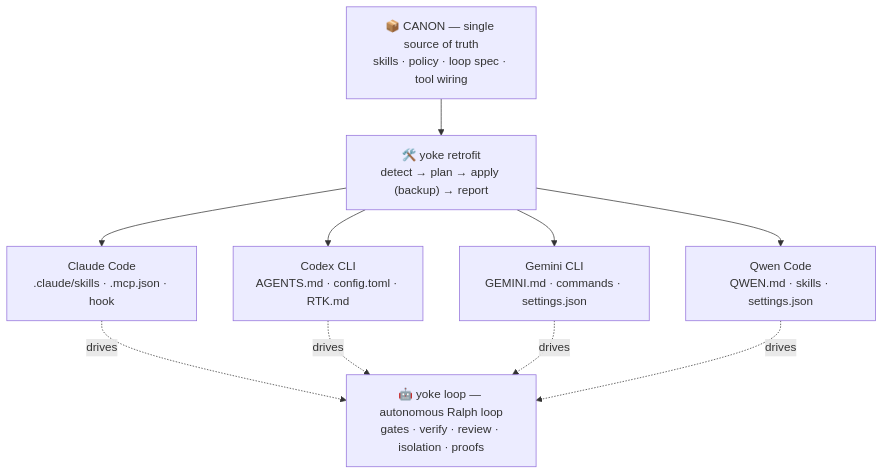
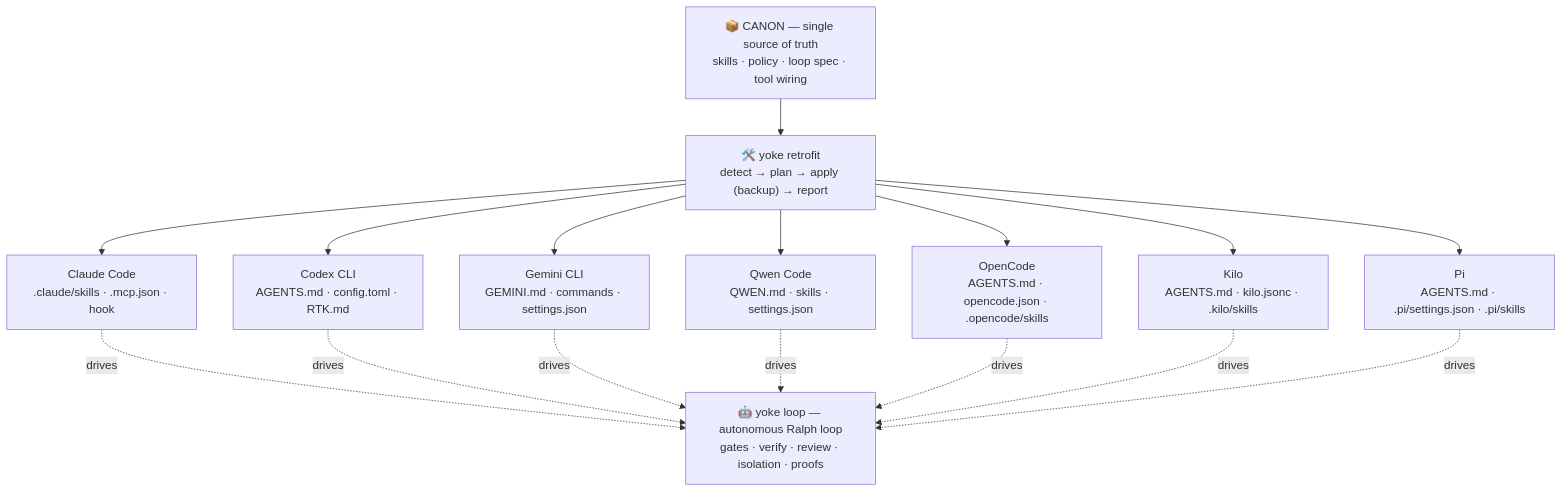
The first of 2 diagrams in README.md (HECer/yoke), drawn with Mermaid before and after one commit. The commit also changed other lines of this file and 69 other files, not shown here.

Commit message:
feat: add OpenCode Kilo and Pi integrations

````diff
--- a/README.md
+++ b/README.md
@@ -248,15 +250,21 @@
 ```mermaid
 flowchart TD
     Canon["📦 CANON — single source of truth<br/>skills · policy · loop spec · tool wiring"]
     Skill["🛠️ yoke retrofit<br/>detect → plan → apply (backup) → report"]
     Canon --> Skill
     Skill --> Claude["Claude Code<br/>.claude/skills · .mcp.json · hook"]
     Skill --> Codex["Codex CLI<br/>AGENTS.md · config.toml · RTK.md"]
     Skill --> Gemini["Gemini CLI<br/>GEMINI.md · commands · settings.json"]
     Skill --> Qwen["Qwen Code<br/>QWEN.md · skills · settings.json"]
+    Skill --> OpenCode["OpenCode<br/>AGENTS.md · opencode.json · .opencode/skills"]
+    Skill --> Kilo["Kilo<br/>AGENTS.md · kilo.jsonc · .kilo/skills"]
+    Skill --> Pi["Pi<br/>AGENTS.md · .pi/settings.json · .pi/skills"]
     Loop["🤖 yoke loop — autonomous Ralph loop<br/>gates · verify · review · isolation · proofs"]
     Claude -. drives .-> Loop
     Codex -. drives .-> Loop
     Gemini -. drives .-> Loop
     Qwen -. drives .-> Loop
+    OpenCode -. drives .-> Loop
+    Kilo -. drives .-> Loop
+    Pi -. drives .-> Loop
 ```
````
